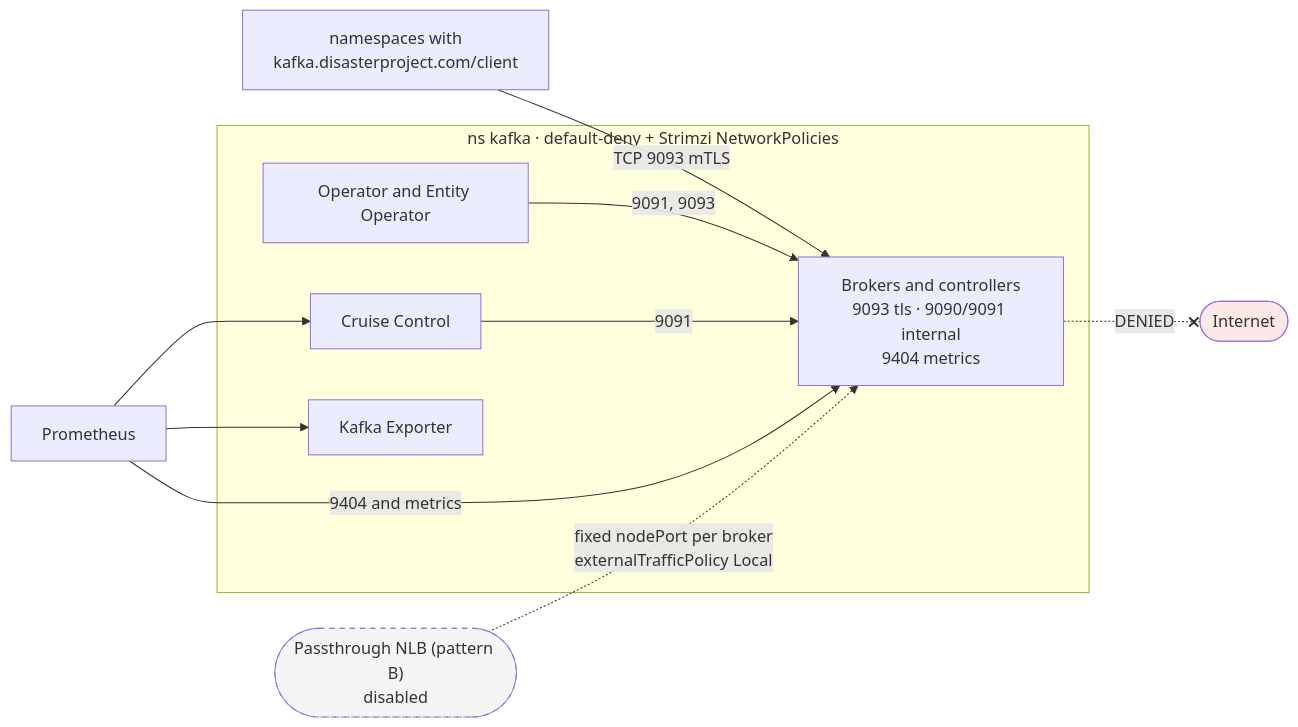
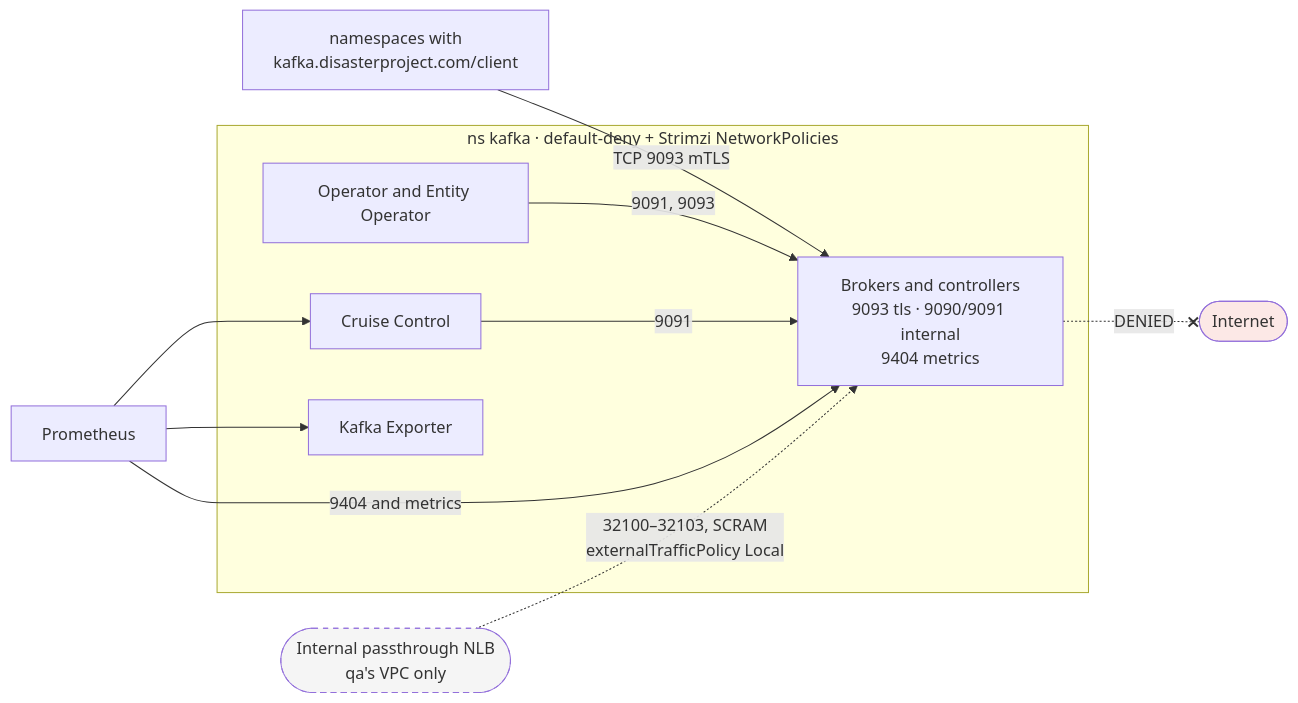
The diagram in docs/en/proposals/kafka-qa/diagrams/04-red.mmd (aescanero/proposal_documents), drawn with Mermaid before and after one commit. The commit also changed 30 other files, not shown here.

```diff
--- a/docs/en/proposals/kafka-qa/diagrams/04-red.mmd
+++ b/docs/en/proposals/kafka-qa/diagrams/04-red.mmd
@@ -1,23 +1,23 @@
 flowchart LR
     subgraph NS["ns kafka · default-deny + Strimzi NetworkPolicies"]
         BR["Brokers and controllers<br/>9093 tls · 9090/9091 internal<br/>9404 metrics"]
         OPR["Operator and Entity Operator"]
         CC["Cruise Control"]
         KE["Kafka Exporter"]
     end
     APPS["namespaces with<br/>kafka.disasterproject.com/client"]
     P["Prometheus"]
-    NLB(["Passthrough NLB (pattern B)<br/>disabled"])
+    NLB(["Internal passthrough NLB<br/>qa's VPC only"])
     INET(["Internet"])
 
     APPS -->|"TCP 9093 mTLS"| BR
     OPR -->|"9091, 9093"| BR
     CC -->|"9091"| BR
     P -->|"9404 and metrics"| BR
     P --> KE
     P --> CC
-    NLB -. "fixed nodePort per broker<br/>externalTrafficPolicy Local" .-> BR
+    NLB -. "32100–32103, SCRAM<br/>externalTrafficPolicy Local" .-> BR
     BR -.-x|"DENIED"| INET
 
     style INET fill:#fce8e6
     style NLB fill:#f5f5f5,stroke-dasharray: 5 5
```
